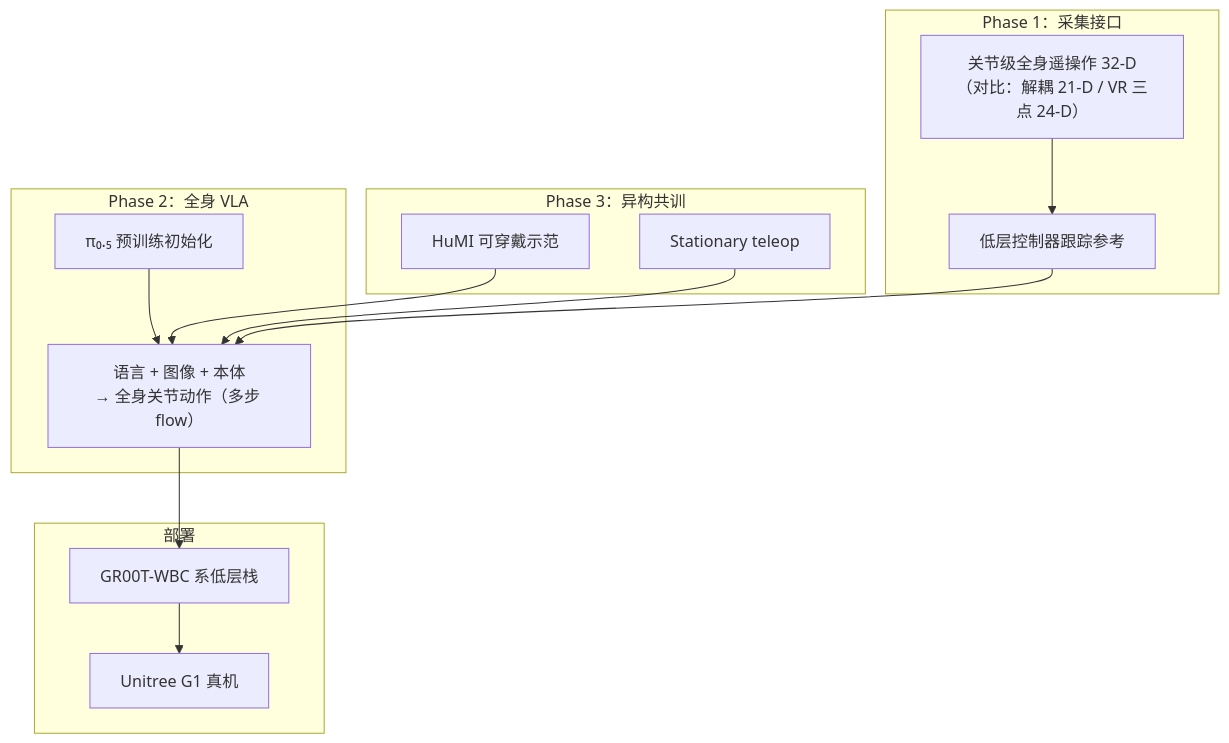
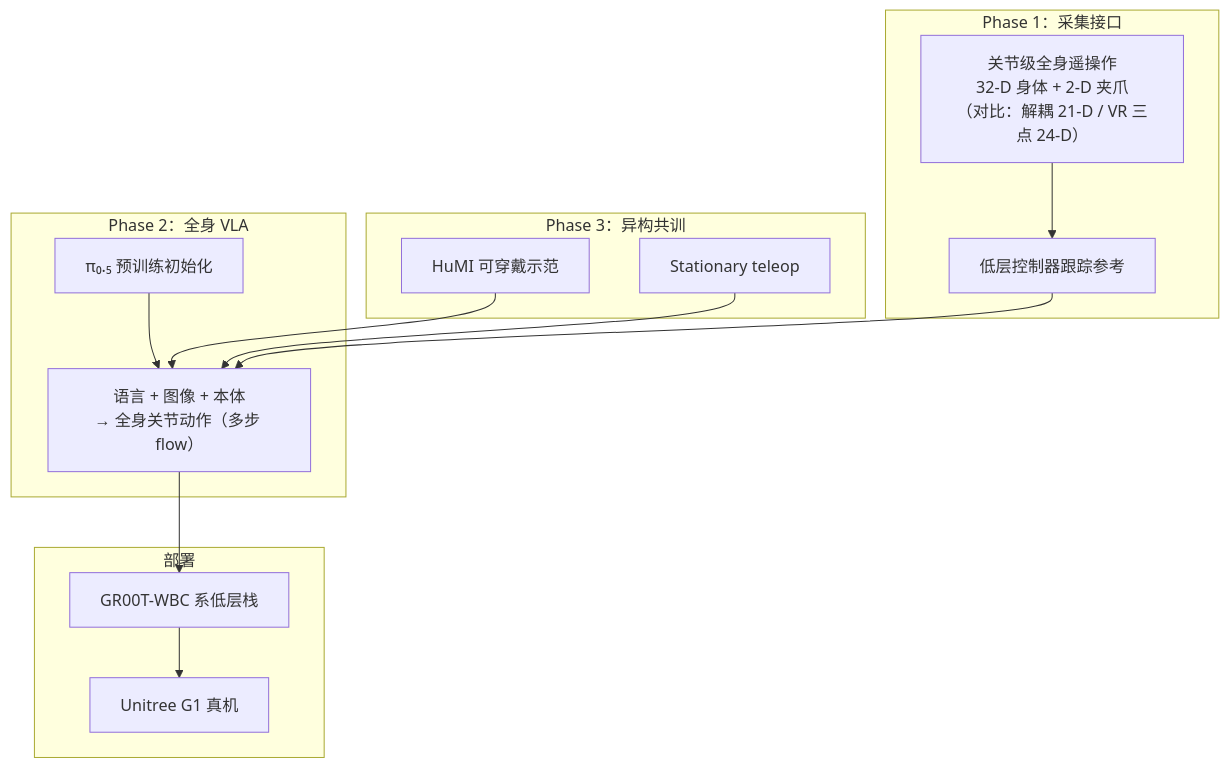
One commit to ImChong/Robotics_Notebooks changed the first of 2 diagrams in wiki/entities/paper-loco-manip-161-154-openhlm.md. Above: the diagram before and after it, drawn with Mermaid. The commit also changed other lines of this file, not shown here.

````diff
--- a/wiki/entities/paper-loco-manip-161-154-openhlm.md
+++ b/wiki/entities/paper-loco-manip-161-154-openhlm.md
@@ -72,24 +73,24 @@
 ```mermaid
 flowchart TB
   subgraph phase1 [Phase 1：采集接口]
-    tele["关节级全身遥操作 32-D\n（对比：解耦 21-D / VR 三点 24-D）"]
+    tele["关节级全身遥操作\n32-D 身体 + 2-D 夹爪\n（对比：解耦 21-D / VR 三点 24-D）"]
     llc["低层控制器跟踪参考"]
     tele --> llc
   end
   subgraph phase2 [Phase 2：全身 VLA]
     pi["π₀.₅ 预训练初始化"]
     vla["语言 + 图像 + 本体\n→ 全身关节动作（多步 flow）"]
     pi --> vla
   end
   subgraph phase3 [Phase 3：异构共训]
     humi["HuMI 可穿戴示范"]
     stat["Stationary teleop"]
     humi --> vla
     stat --> vla
   end
   subgraph deploy [部署]
     vla --> wbc["GR00T-WBC 系低层栈"]
     wbc --> g1["Unitree G1 真机"]
   end
   llc --> vla
 ```
````
